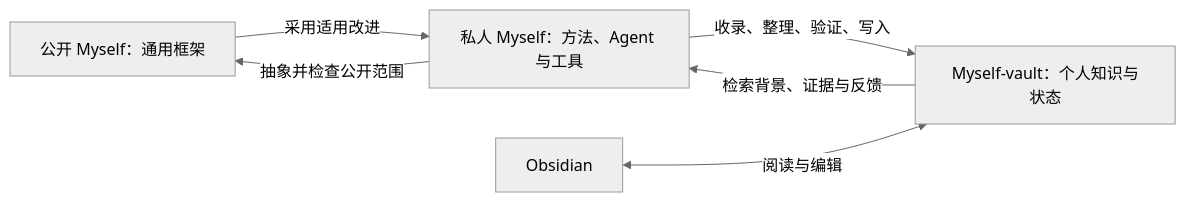
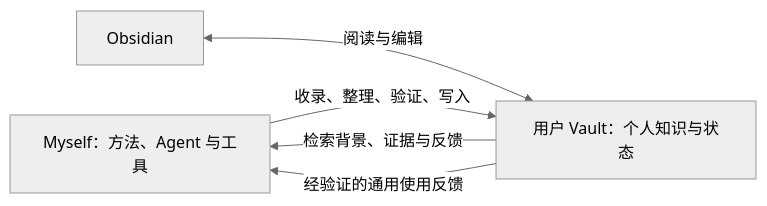
One commit to 3956ray/Myself changed the first of 2 diagrams in docs/architecture.md. Above: the diagram before and after it, drawn with Mermaid (neutral theme). The commit also changed other lines of this file and 9 other files, not shown here.

````diff
--- a/docs/architecture.md
+++ b/docs/architecture.md
@@ -13,8 +13,7 @@
 ```mermaid
 flowchart LR
-    P["公开 Myself：通用框架"] -->|采用适用改进| M["私人 Myself：方法、Agent 与工具"]
-    M -->|收录、整理、验证、写入| V["Myself-vault：个人知识与状态"]
+    M["Myself：方法、Agent 与工具"] -->|收录、整理、验证、写入| V["用户 Vault：个人知识与状态"]
     V -->|检索背景、证据与反馈| M
     O["Obsidian"] <-->|阅读与编辑| V
-    M -->|抽象并检查公开范围| P
+    V -->|经验证的通用使用反馈| M
 ```
````
